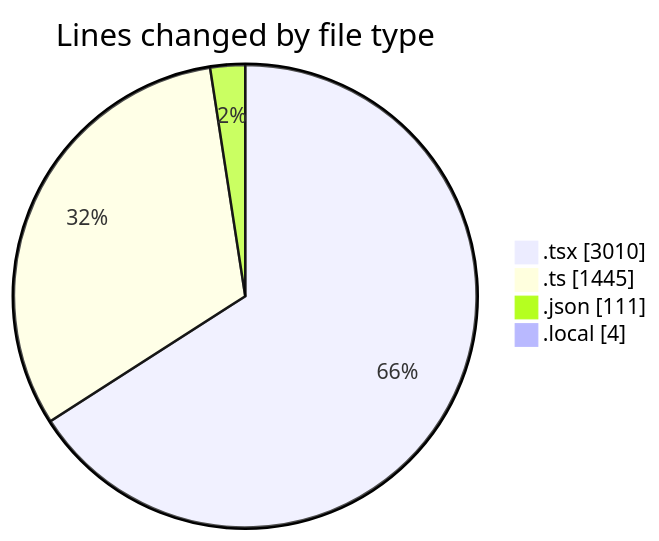
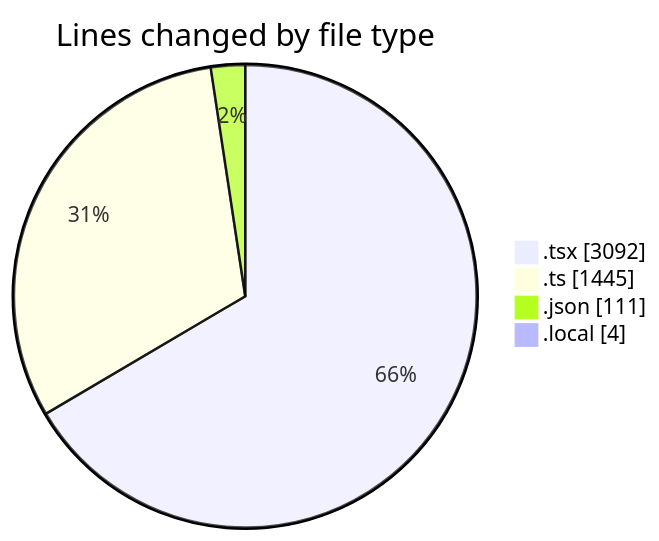
One commit to julien-gomy/code-tracking changed the first of 2 diagrams in 2025-11-08/eventscop-frontend-guide__workspace_/README.md. Above: the diagram before and after it, drawn with Mermaid. The commit also changed other lines of this file and 1 other file, not shown here.

````diff
--- a/2025-11-08/eventscop-frontend-guide__workspace_/README.md
+++ b/2025-11-08/eventscop-frontend-guide__workspace_/README.md
@@ -62,8 +63,8 @@
 ```mermaid
 pie showData
 title Lines changed by file type
-".tsx" : 3010
+".tsx" : 3092
 ".ts" : 1445
 ".json" : 111
 ".local" : 4
 ```
````
